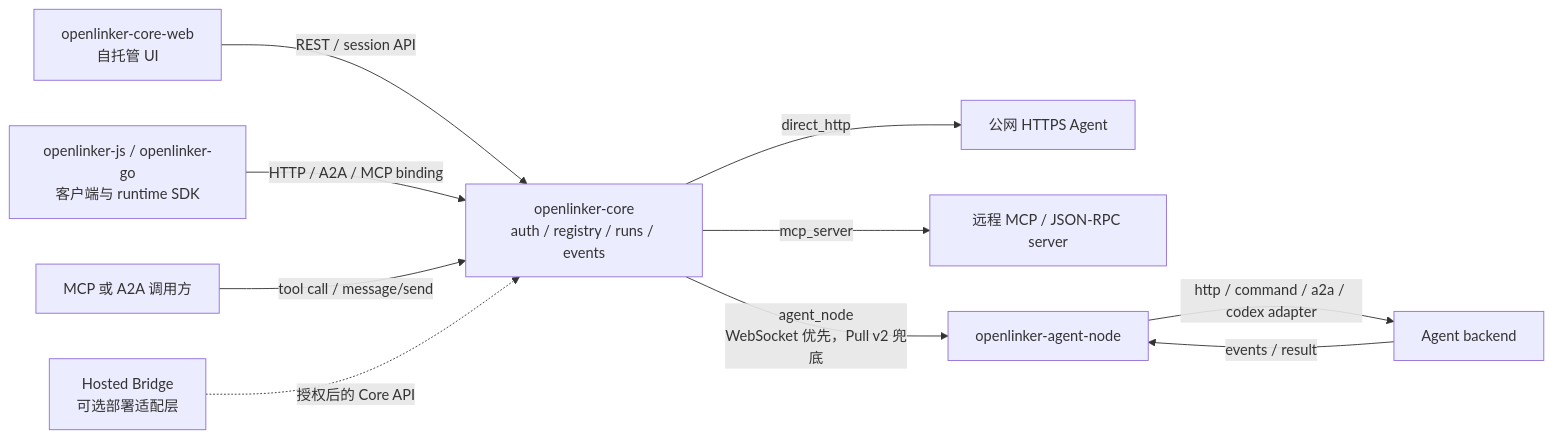
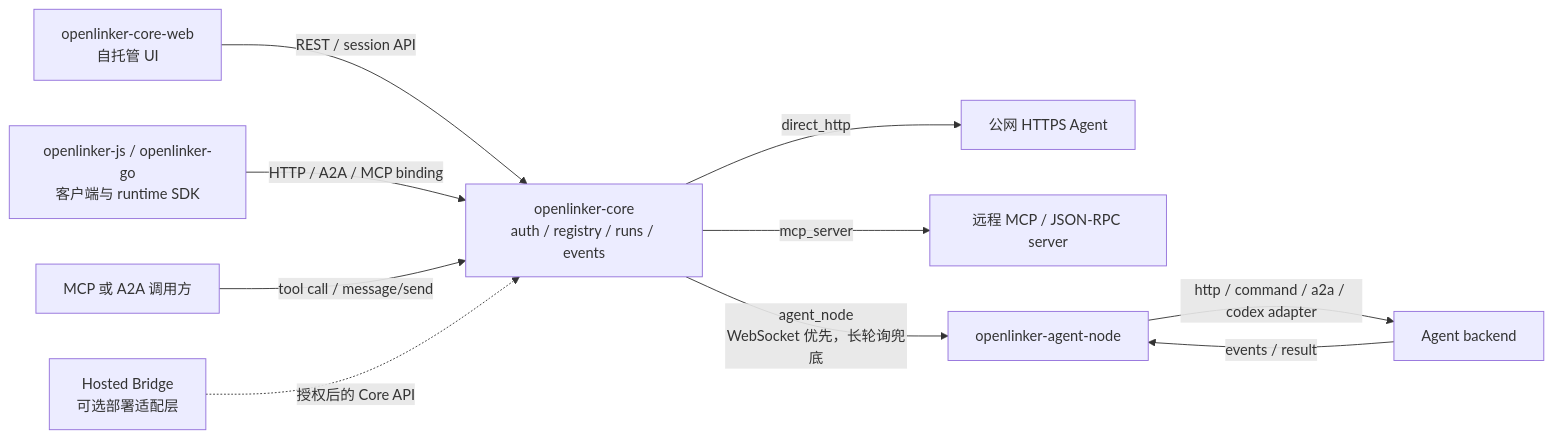
One commit to Frank-svg-dev/openlinker-core changed the diagram in README.zh-CN.md. Above: the diagram before and after it, drawn with Mermaid. The commit also changed other lines of this file and 59 other files, not shown here.

````diff
--- a/README.zh-CN.md
+++ b/README.zh-CN.md
@@ -49,16 +49,16 @@
 ```mermaid
 flowchart LR
   CoreWeb["openlinker-core-web<br/>自托管 UI"] -->|"REST / session API"| Core
   SDKs["openlinker-js / openlinker-go<br/>客户端与 runtime SDK"] -->|"HTTP / A2A / MCP binding"| Core
   MCPCaller["MCP 或 A2A 调用方"] -->|"tool call / message/send"| Core
 
   HostedBridge["Hosted Bridge<br/>可选部署适配层"] -.->|"授权后的 Core API"| Core
 
   Core["openlinker-core<br/>auth / registry / runs / events"]
 
   Core -->|"direct_http"| HTTPAgent["公网 HTTPS Agent"]
   Core -->|"mcp_server"| MCPAgent["远程 MCP / JSON-RPC server"]
-  Core -->|"agent_node<br/>WebSocket 优先，Pull v2 兜底"| AgentNode["openlinker-agent-node"]
+  Core -->|"agent_node<br/>WebSocket 优先，长轮询兜底"| AgentNode["openlinker-agent-node"]
   AgentNode -->|"http / command / a2a / codex adapter"| Backend["Agent backend"]
   Backend -->|"events / result"| AgentNode
 ```
````
